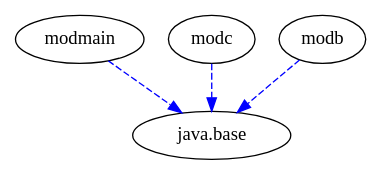
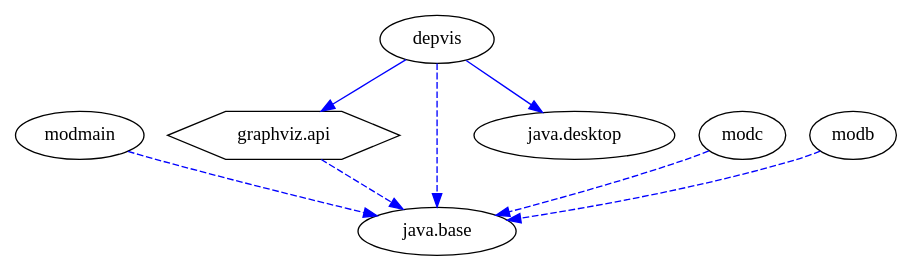
One commit to accso/java9-jigsaw-examples changed the diagram in jigsaw-examples/example_addReads_addExports/moduledependencies.dot. Above: the diagram before and after it, drawn with Graphviz. The commit also changed 117 other files, not shown here.

```diff
--- a/jigsaw-examples/example_addReads_addExports/moduledependencies.dot
+++ b/jigsaw-examples/example_addReads_addExports/moduledependencies.dot
@@ -1,10 +1,17 @@
-# Created by depvis.JigsawDepVisualizer on Sat Aug 27 13:54:19 CEST 2016
+# Created by depvis.JigsawDepVisualizer on Wed Sep 28 19:08:25 CEST 2016
 digraph Java9_Dependency_Visualizer {
+graphviz_api[fontname="Consolas",shape="hexagon",label="graphviz.api"];
+java_base[fontname="Consolas",shape="ellipse",label="java.base"];
 modmain[fontname="Consolas",shape="ellipse",label="modmain"];
-java_base[fontname="Consolas",shape="ellipse",label="java.base"];
+depvis[fontname="Consolas",shape="ellipse",label="depvis"];
+java_desktop[fontname="Consolas",shape="ellipse",label="java.desktop"];
 modc[fontname="Consolas",shape="ellipse",label="modc"];
 modb[fontname="Consolas",shape="ellipse",label="modb"];
+graphviz_api -> java_base[color="#0000ff",fontname="Consolas",fontcolor="#0000ff",style="dashed",weight="16"]
 modmain -> java_base[color="#0000ff",fontname="Consolas",fontcolor="#0000ff",style="dashed",weight="16"]
+depvis -> java_desktop[color="#0000ff",fontname="Consolas",fontcolor="#0000ff",weight="8"]
+depvis -> graphviz_api[color="#0000ff",fontname="Consolas",fontcolor="#0000ff",weight="8"]
+depvis -> java_base[color="#0000ff",fontname="Consolas",fontcolor="#0000ff",style="dashed",weight="16"]
 modc -> java_base[color="#0000ff",fontname="Consolas",fontcolor="#0000ff",style="dashed",weight="16"]
 modb -> java_base[color="#0000ff",fontname="Consolas",fontcolor="#0000ff",style="dashed",weight="16"]
 }
```
